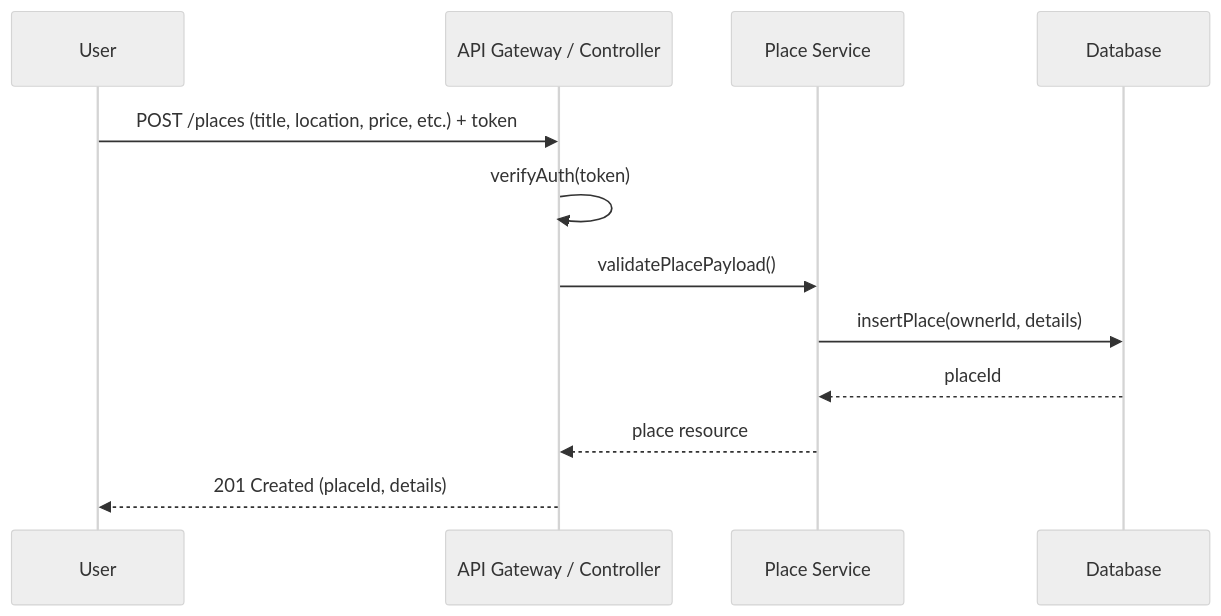
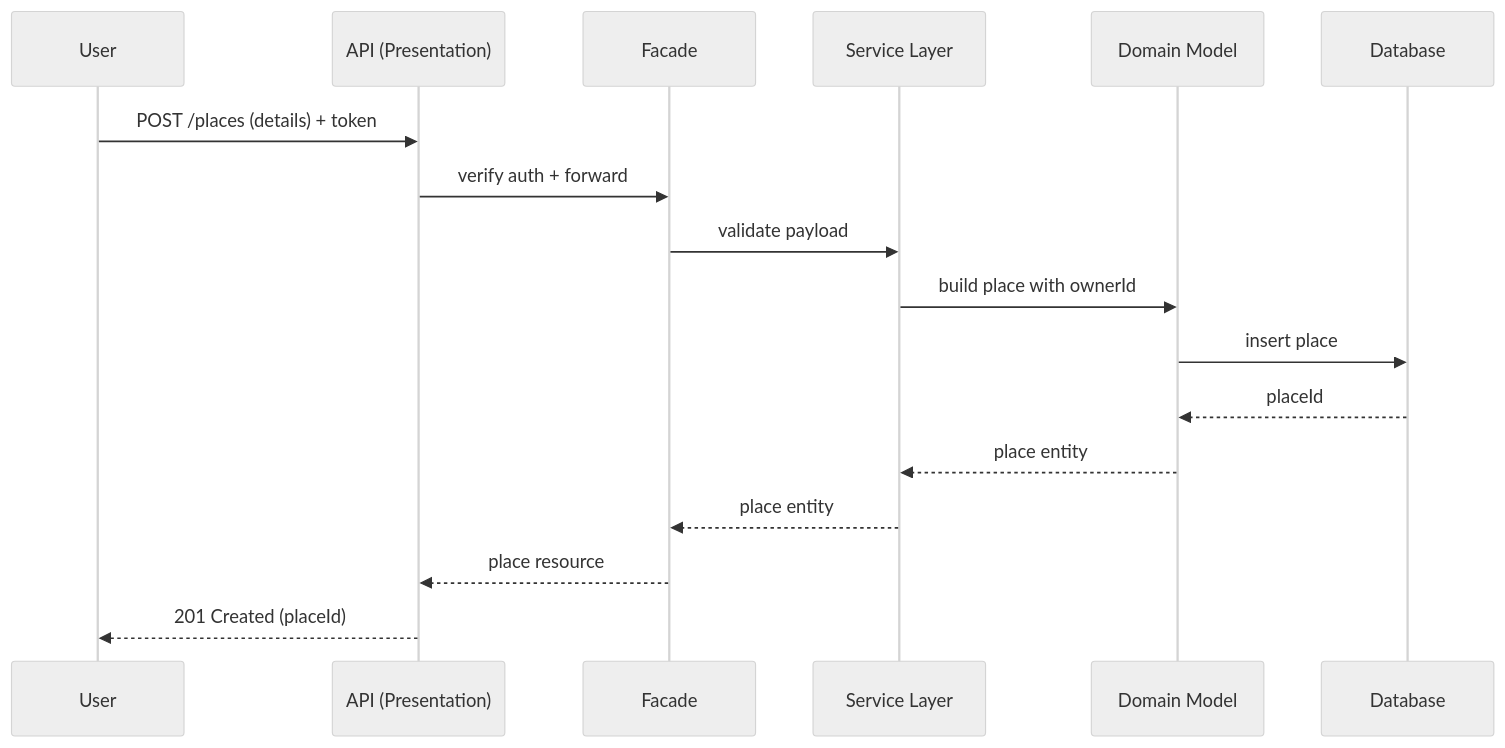
Before and after one commit to kriaa9/holbertonschool-hbnb: the second of 4 diagrams in part1/sequence_diagrams.md, drawn with Mermaid (neutral theme). The commit also changed other lines of this file and 1 other file, not shown here.

Commit message:
refactor: update sequence diagrams for API calls to enhance clarity and consistency

````diff
--- a/part1/sequence_diagrams.md
+++ b/part1/sequence_diagrams.md
@@ -29,15 +30,20 @@
 ```mermaid
 sequenceDiagram
- participant User
- participant API as API Gateway / Controller
- participant Service as Place Service
- participant DB as Database
+	participant User
+	participant API as API (Presentation)
+	participant Facade
+	participant Service as Service Layer
+	participant Model as Domain Model
+	participant DB as Database
 
- User->>API: POST /places (title, location, price, etc.) + token
- API->>API: verifyAuth(token)
- API->>Service: validatePlacePayload()
- Service->>DB: insertPlace(ownerId, details)
- DB-->>Service: placeId
- Service-->>API: place resource
- API-->>User: 201 Created (placeId, details)
+	User->>API: POST /places (details) + token
+	API->>Facade: verify auth + forward
+	Facade->>Service: validate payload
+	Service->>Model: build place with ownerId
+	Model->>DB: insert place
+	DB-->>Model: placeId
+	Model-->>Service: place entity
+	Service-->>Facade: place entity
+	Facade-->>API: place resource
+	API-->>User: 201 Created (placeId)
 ```
````
